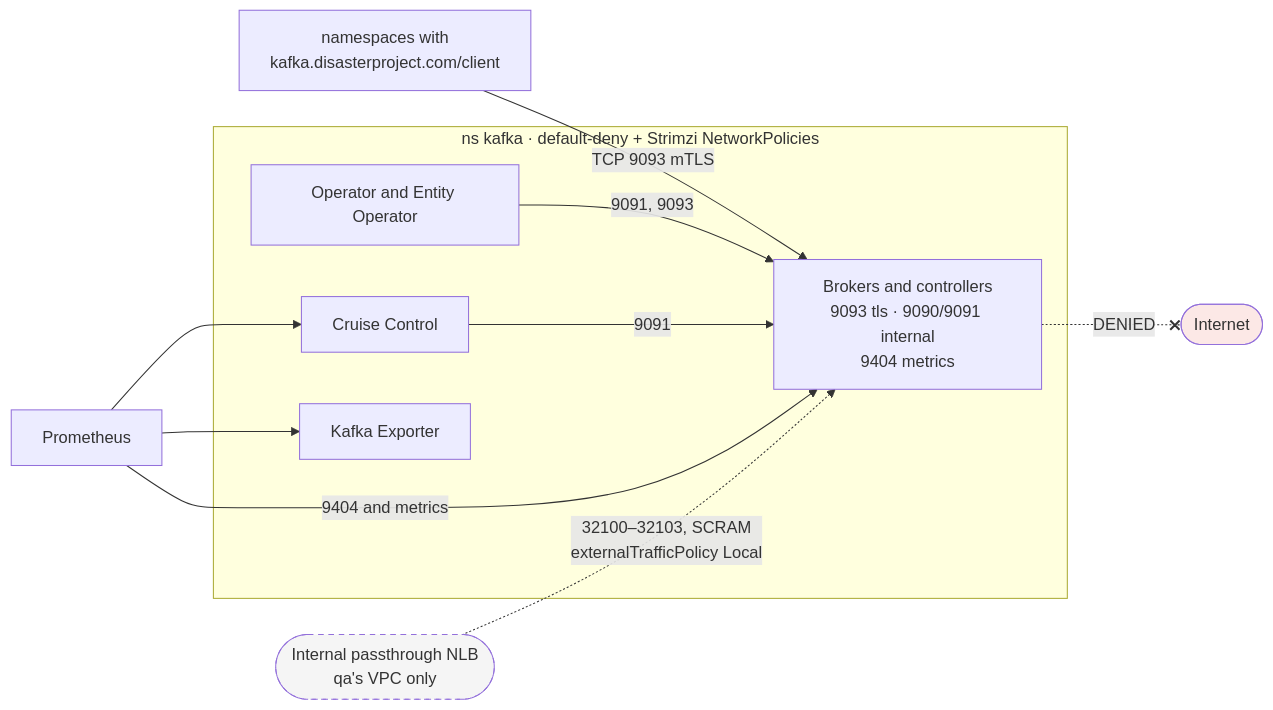
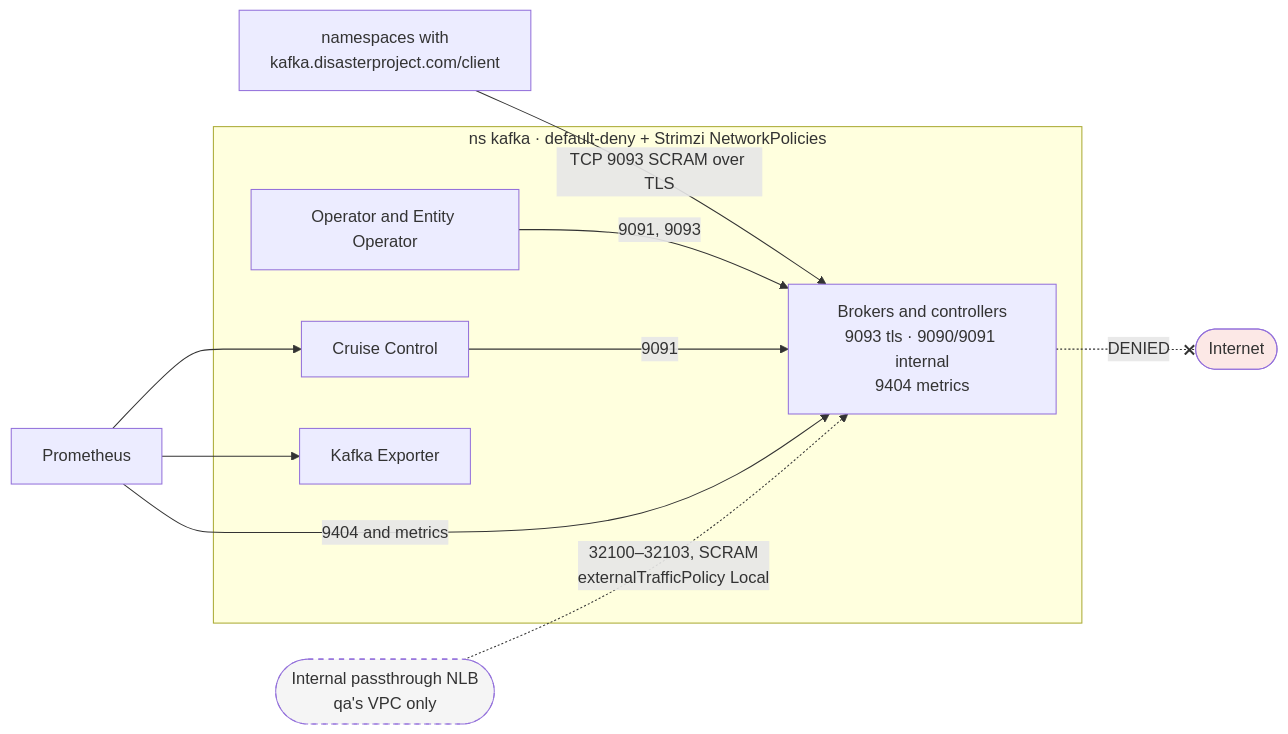
The diagram in docs/en/proposals/kafka-qa/diagrams/04-red.mmd (aescanero/proposal_documents), drawn with Mermaid before and after one commit. The commit also changed 27 other files, not shown here.

```diff
--- a/docs/en/proposals/kafka-qa/diagrams/04-red.mmd
+++ b/docs/en/proposals/kafka-qa/diagrams/04-red.mmd
@@ -1,23 +1,23 @@
 flowchart LR
     subgraph NS["ns kafka · default-deny + Strimzi NetworkPolicies"]
         BR["Brokers and controllers<br/>9093 tls · 9090/9091 internal<br/>9404 metrics"]
         OPR["Operator and Entity Operator"]
         CC["Cruise Control"]
         KE["Kafka Exporter"]
     end
     APPS["namespaces with<br/>kafka.disasterproject.com/client"]
     P["Prometheus"]
     NLB(["Internal passthrough NLB<br/>qa's VPC only"])
     INET(["Internet"])
 
-    APPS -->|"TCP 9093 mTLS"| BR
+    APPS -->|"TCP 9093 SCRAM over TLS"| BR
     OPR -->|"9091, 9093"| BR
     CC -->|"9091"| BR
     P -->|"9404 and metrics"| BR
     P --> KE
     P --> CC
     NLB -. "32100–32103, SCRAM<br/>externalTrafficPolicy Local" .-> BR
     BR -.-x|"DENIED"| INET
 
     style INET fill:#fce8e6
     style NLB fill:#f5f5f5,stroke-dasharray: 5 5
```
